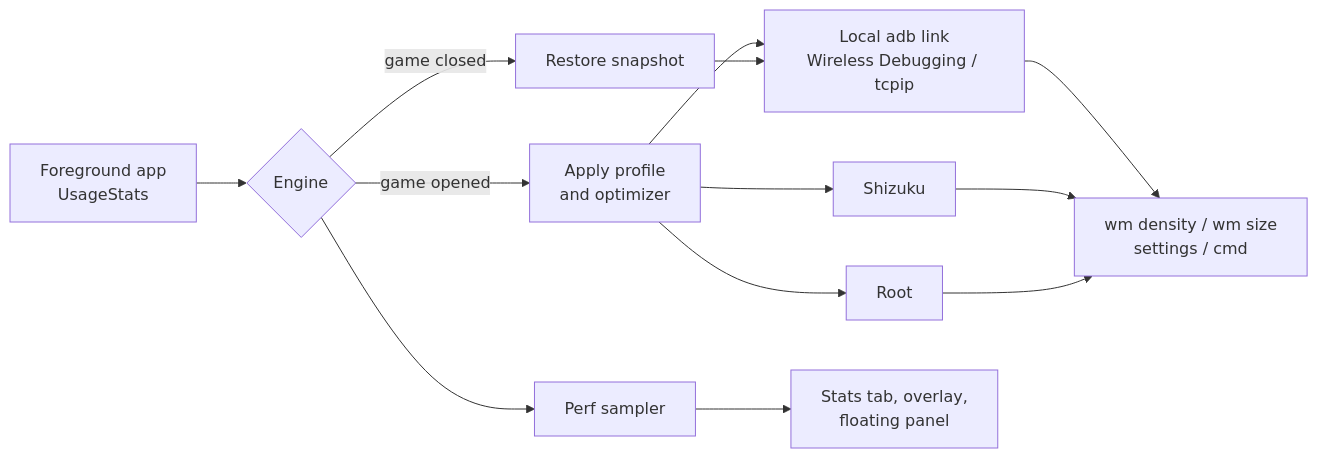
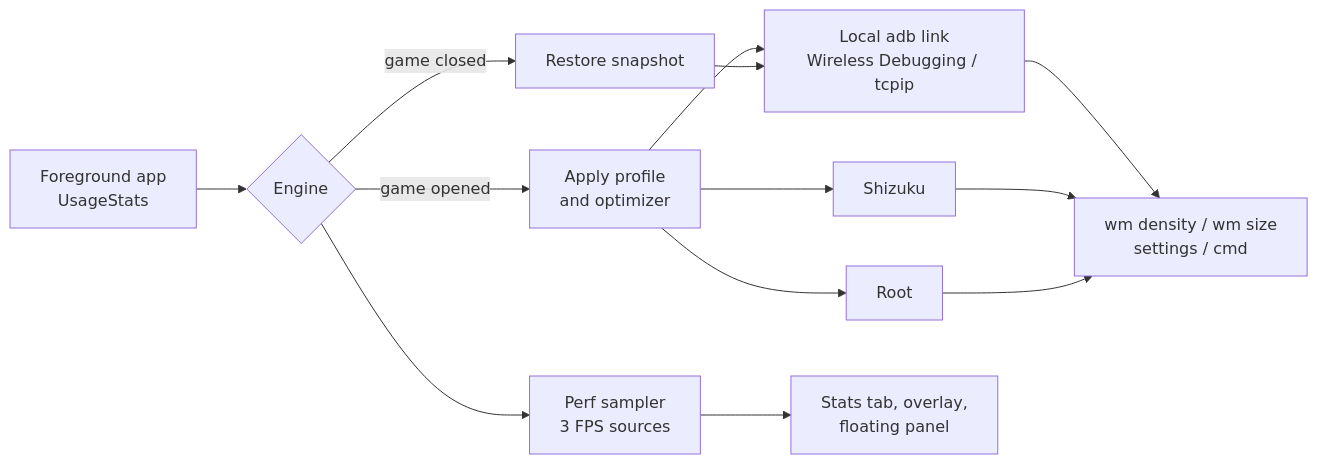
The diagram in README.md (Dhairya5607Y/Densify), drawn with Mermaid before and after one commit. The commit also changed other lines of this file and 11 other files, not shown here.

````diff
--- a/README.md
+++ b/README.md
@@ -91,15 +132,15 @@
 ```mermaid
 flowchart LR
     A[Foreground app<br/>UsageStats] --> B{Engine}
     B -->|game opened| C[Apply profile<br/>and optimizer]
     B -->|game closed| D[Restore snapshot]
     C --> E[Local adb link<br/>Wireless Debugging / tcpip]
     C --> F[Shizuku]
     C --> G[Root]
     D --> E
     E --> H[wm density / wm size<br/>settings / cmd]
     F --> H
     G --> H
-    B --> I[Perf sampler]
+    B --> I[Perf sampler<br/>3 FPS sources]
     I --> J[Stats tab, overlay,<br/>floating panel]
 ```
````
